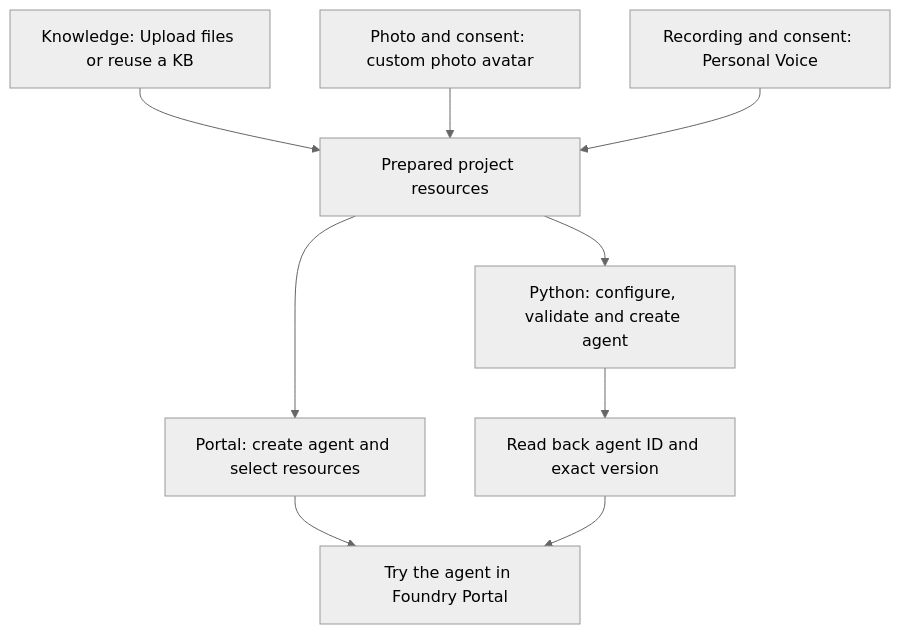
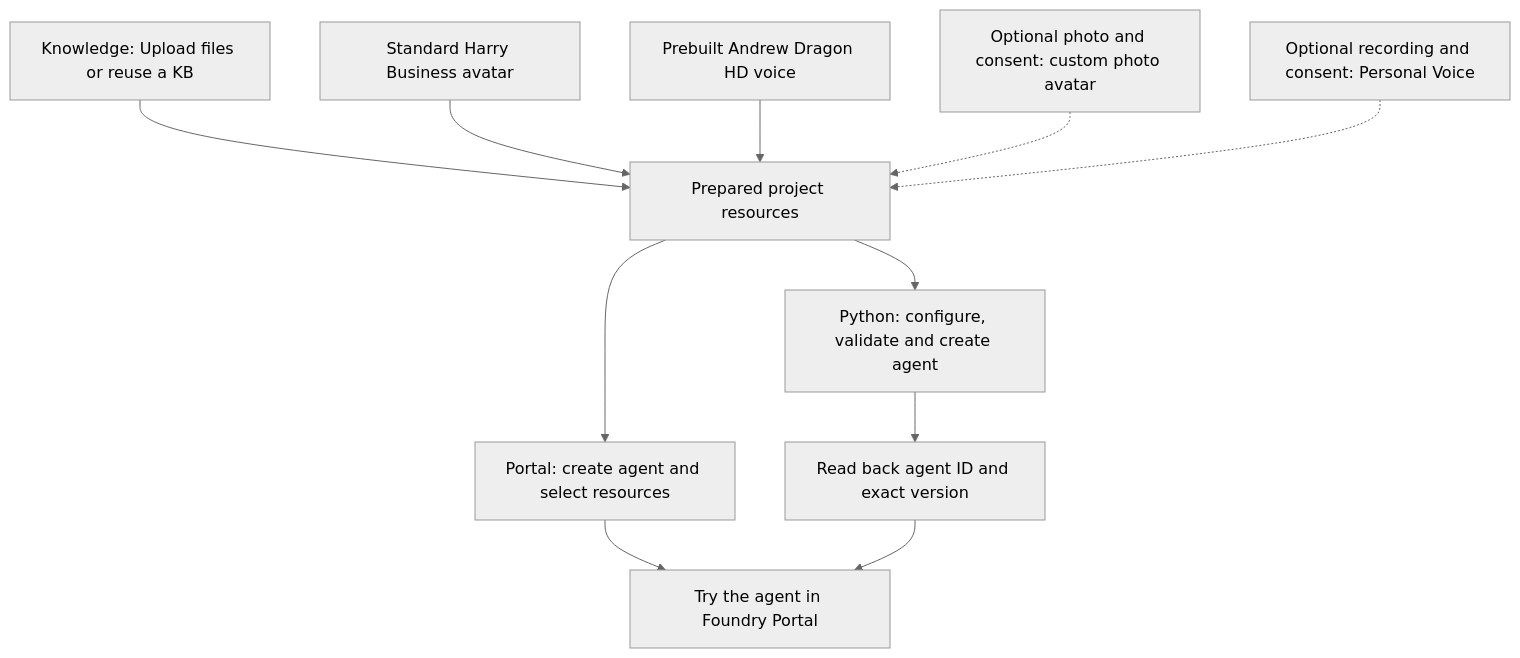
One commit to Azure-Samples/Cognitive-Speech-TTS changed the diagram in VoiceAgent/samples/create-agent-with-iq-avatar-voice/README.md. Above: the diagram before and after it, drawn with Mermaid (neutral theme). The commit also changed other lines of this file and 6 other files, not shown here.

First line of the commit message:
feat: default voice agent to Andrew and Harry Business

````diff
--- a/VoiceAgent/samples/create-agent-with-iq-avatar-voice/README.md
+++ b/VoiceAgent/samples/create-agent-with-iq-avatar-voice/README.md
@@ -16,11 +16,13 @@
 ```mermaid
 flowchart TD
     K[Knowledge: Upload files or reuse a KB] --> R[Prepared project resources]
-    A[Photo and consent: custom photo avatar] --> R
-    V[Recording and consent: Personal Voice] --> R
+    A[Standard Harry Business avatar] --> R
+    V[Prebuilt Andrew Dragon HD voice] --> R
+    PA[Optional photo and consent: custom photo avatar] -.-> R
+    PV[Optional recording and consent: Personal Voice] -.-> R
     R --> P[Portal: create agent and select resources]
     R --> C[Python: configure, validate and create agent]
     P --> T[Try the agent in Foundry Portal]
     C --> I[Read back agent ID and exact version]
     I --> T
 ```
````
